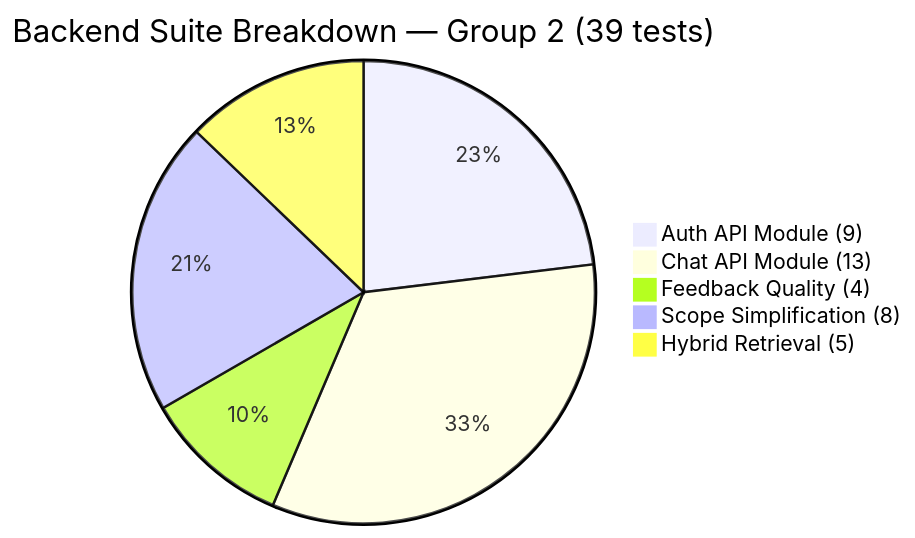
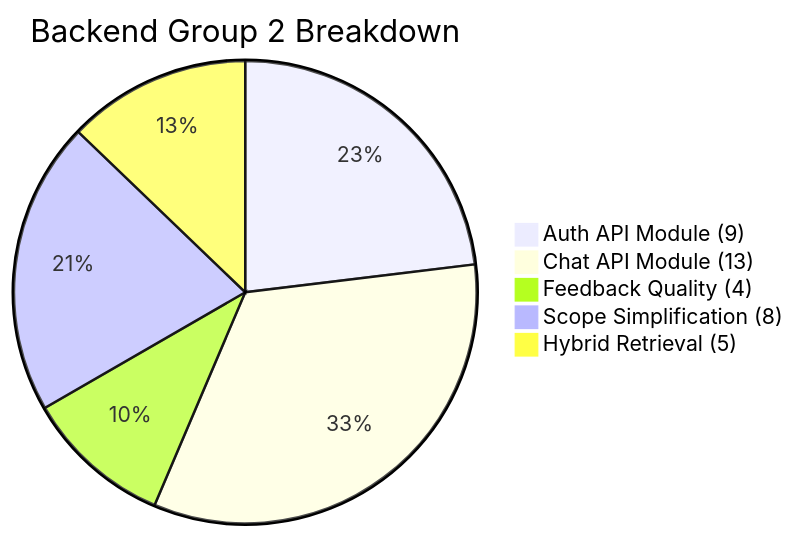
One commit to abedhossainn/PlantIQ changed diagram 13 of 14 in docs/capstone/Final_Report.md. Above: the diagram before and after it, drawn with Mermaid. The commit also changed other lines of this file and 10 other files, not shown here.

````diff
--- a/docs/capstone/Final_Report.md
+++ b/docs/capstone/Final_Report.md
@@ -1504,8 +1537,8 @@
 ```mermaid
-pie title Backend Suite Breakdown — Group 2 (39 tests)
+pie title Backend Group 2 Breakdown
     "Auth API Module (9)" : 9
     "Chat API Module (13)" : 13
     "Feedback Quality (4)" : 4
     "Scope Simplification (8)" : 8
     "Hybrid Retrieval (5)" : 5
 ```
````
